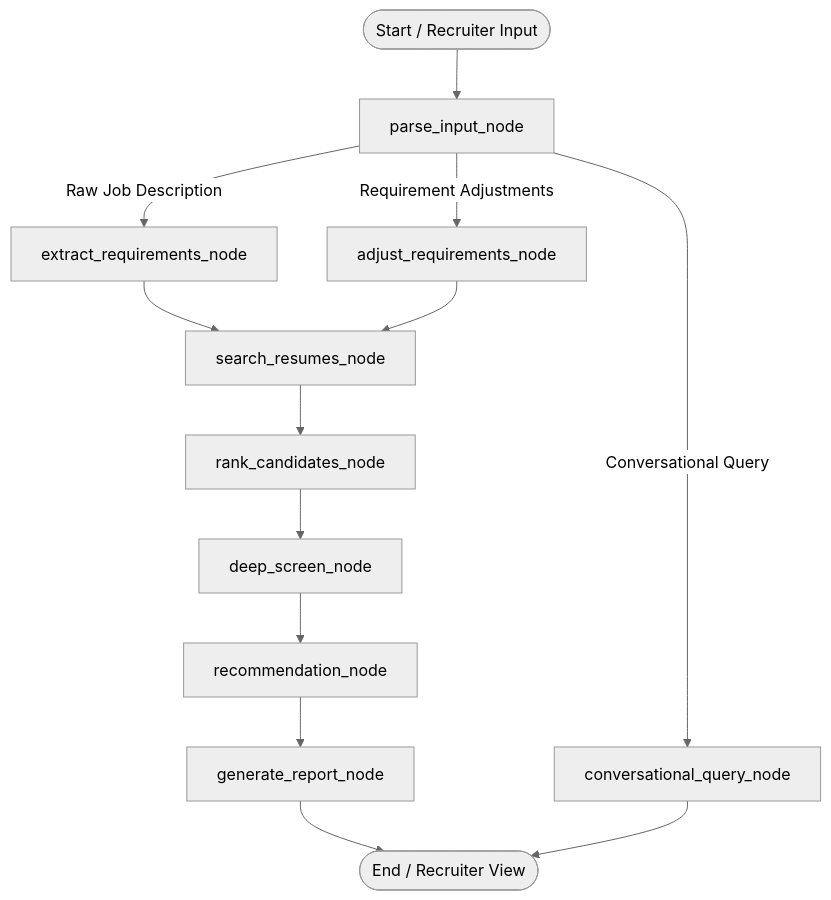
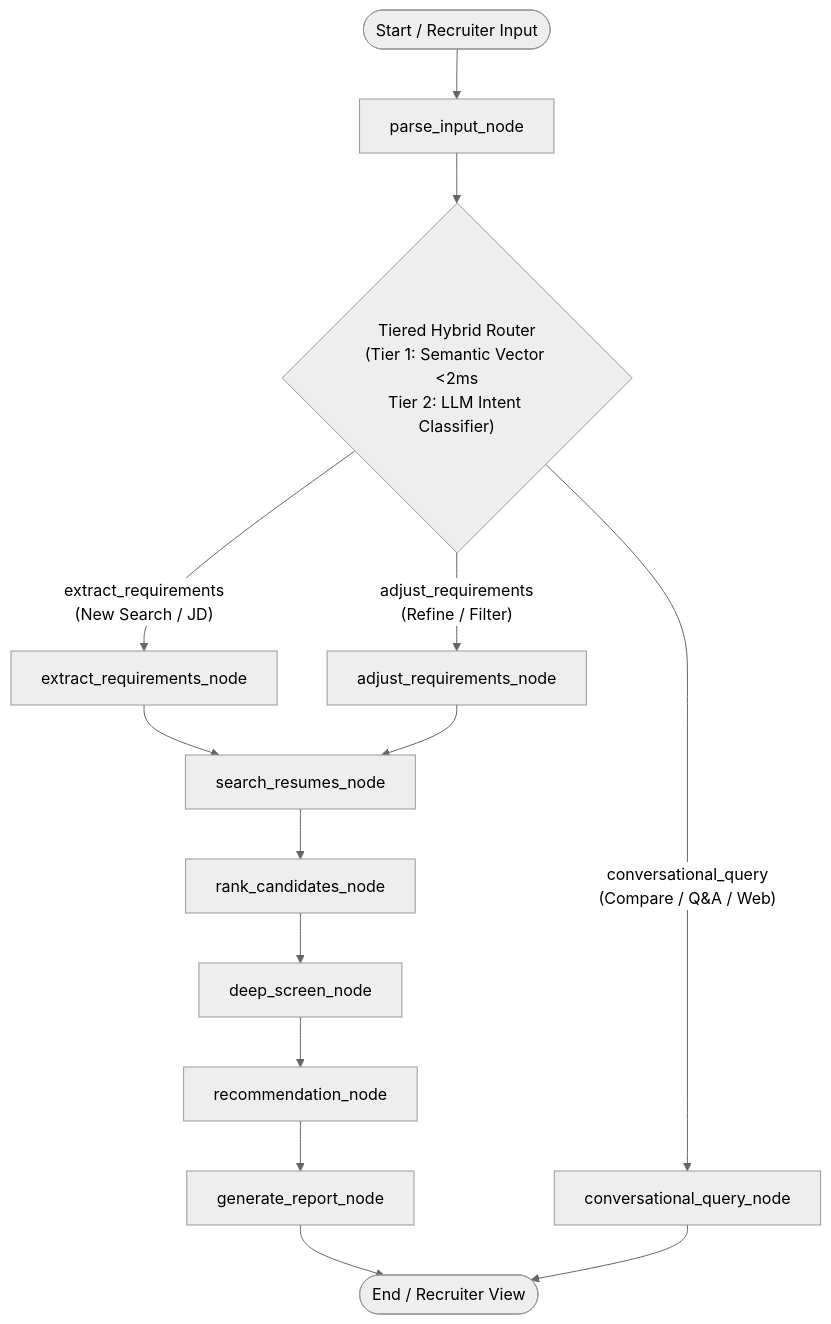
The fifth of 10 diagrams in docs/architecture.md (shashankch/agentic-profile-matching-engine), drawn with Mermaid (neutral theme) before and after one commit. The commit also changed other lines of this file and 32 other files, not shown here.

Commit message:
feat(router): Phase 10 - Tiered Semantic & LLM Intent Router, Sarvam AI Provider & Modular ADR Catalog (v1.1.0) (#20)

````diff
--- a/docs/architecture.md
+++ b/docs/architecture.md
@@ -167,19 +305,21 @@
 ```mermaid
 graph TD
     START([Start / Recruiter Input]) --> parse_input[parse_input_node]
     
-    parse_input -- Raw Job Description --> extract_req[extract_requirements_node]
-    parse_input -- Conversational Query --> conv_query[conversational_query_node]
-    parse_input -- Requirement Adjustments --> adjust_req[adjust_requirements_node]
+    parse_input --> Router{"Tiered Hybrid Router<br/>(Tier 1: Semantic Vector &lt;2ms<br/>Tier 2: LLM Intent Classifier)"}
+    
+    Router -- "extract_requirements<br/>(New Search / JD)" --> extract_req[extract_requirements_node]
+    Router -- "conversational_query<br/>(Compare / Q&A / Web)" --> conv_query[conversational_query_node]
+    Router -- "adjust_requirements<br/>(Refine / Filter)" --> adjust_req[adjust_requirements_node]
     
     extract_req --> search_resumes[search_resumes_node]
     adjust_req --> search_resumes
     
     search_resumes --> rank_candidates[rank_candidates_node]
     rank_candidates --> deep_screen[deep_screen_node]
     deep_screen --> recommend[recommendation_node]
     recommend --> gen_report[generate_report_node]
     
     gen_report --> END([End / Recruiter View])
     conv_query --> END
 ```
````
